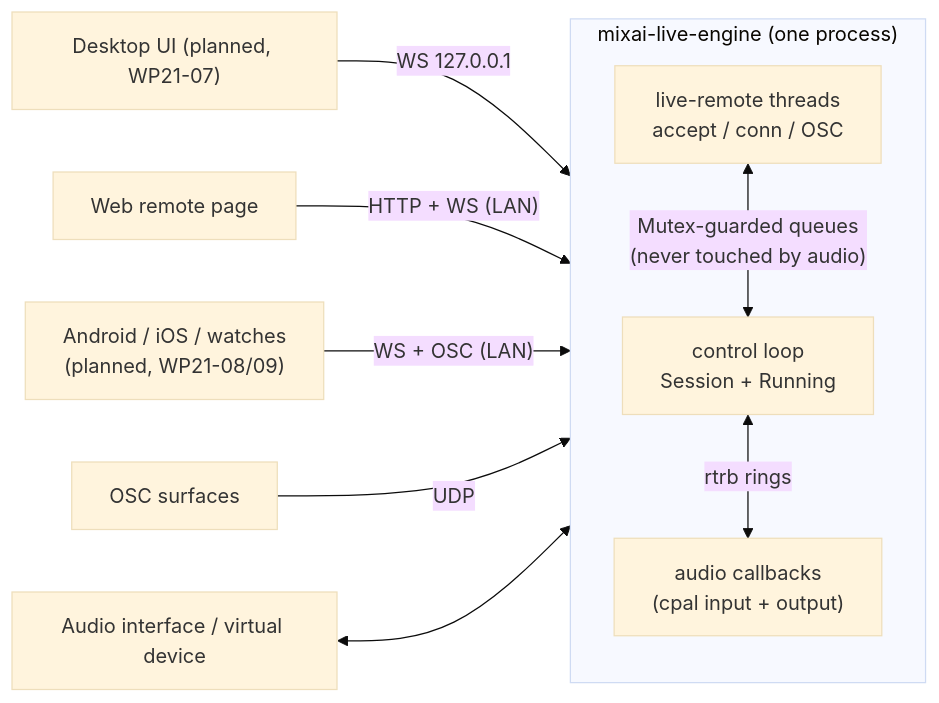
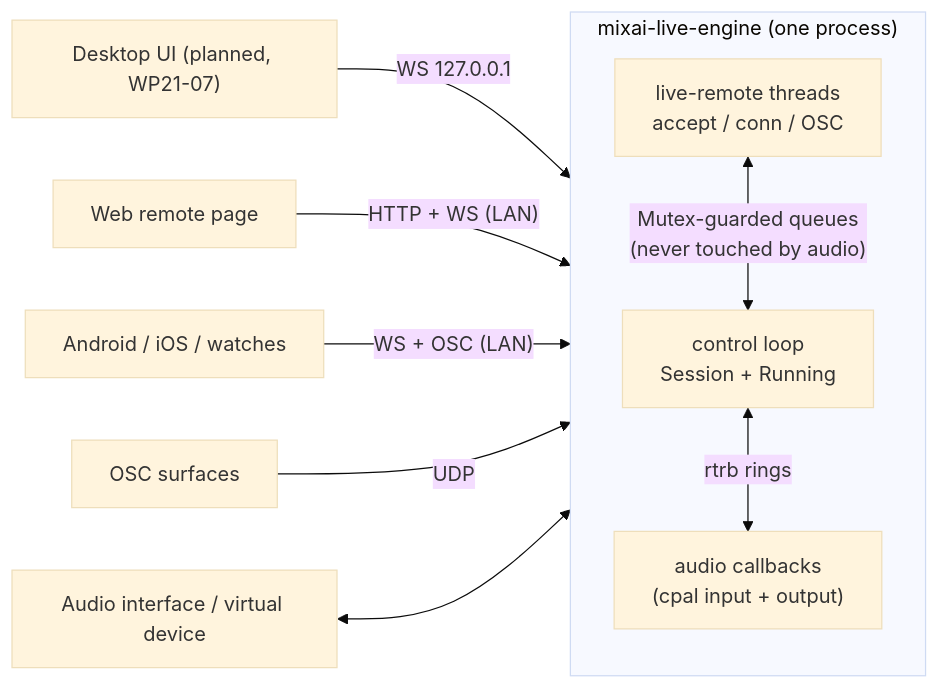
The first of 3 diagrams in docs/live/architecture.md (dragoscv/mmo), drawn with Mermaid (base theme) before and after one commit. The commit also changed other lines of this file and 42 other files, not shown here.

First line of the commit message:
feat(live): phone engine via live-ffi, local engine mode on android + ios (wp21-06)

````diff
--- a/docs/live/architecture.md
+++ b/docs/live/architecture.md
@@ -12,16 +12,16 @@
 ```mermaid
 flowchart LR
   subgraph engine["mixai-live-engine (one process)"]
     direction TB
     audio["audio callbacks<br/>(cpal input + output)"]
     ctrl["control loop<br/>Session + Running"]
     remote["live-remote threads<br/>accept / conn / OSC"]
     ctrl <-->|"rtrb rings"| audio
     remote <-->|"Mutex-guarded queues<br/>(never touched by audio)"| ctrl
   end
   desk["Desktop UI (planned, WP21-07)"] -->|"WS 127.0.0.1"| remote
   web["Web remote page"] -->|"HTTP + WS (LAN)"| remote
-  phone["Android / iOS / watches<br/>(planned, WP21-08/09)"] -->|"WS + OSC (LAN)"| remote
+  phone["Android / iOS / watches"] -->|"WS + OSC (LAN)"| remote
   osc["OSC surfaces"] -->|"UDP"| remote
   dev["Audio interface / virtual device"] <--> audio
 ```
````
